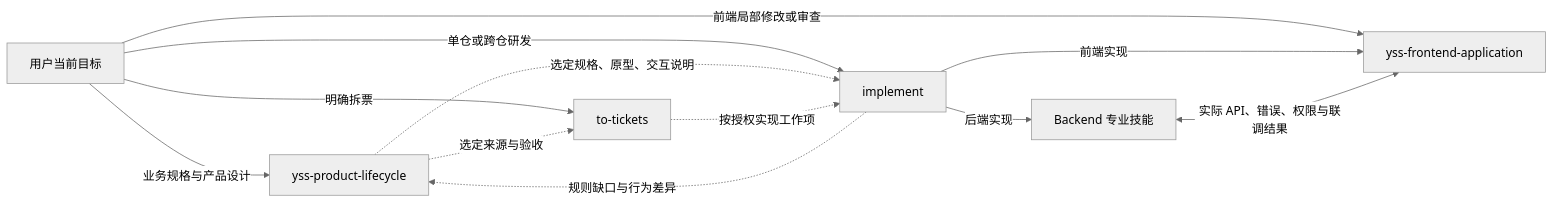
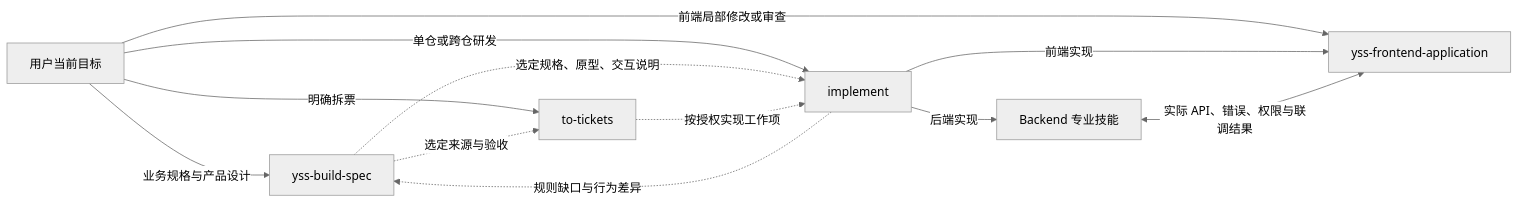
Before and after one commit to iloveZzz/yss-spec-project-template: the diagram in profiles/frontend/.template-spec/agents/profile-skills.md, drawn with Mermaid (neutral theme). The commit also changed other lines of this file and 47 other files, not shown here.

Commit message:
feat(skills): 将产品规格与原型入口迁至 yss-build-spec

````diff
--- a/profiles/frontend/.template-spec/agents/profile-skills.md
+++ b/profiles/frontend/.template-spec/agents/profile-skills.md
@@ -131,14 +132,14 @@
 ```mermaid
 flowchart LR
-  U[用户当前目标] -->|业务规格与产品设计| S[yss-product-lifecycle]
+  U[用户当前目标] -->|业务规格与产品设计| S[yss-build-spec]
   U -->|单仓或跨仓研发| I[implement]
   U -->|前端局部修改或审查| F[yss-frontend-application]
   U -->|明确拆票| T[to-tickets]
   S -.选定规格、原型、交互说明.-> I
   S -.选定来源与验收.-> T
   T -.按授权实现工作项.-> I
   I -->|前端实现| F
   I -->|后端实现| B[Backend 专业技能]
   B <-->|实际 API、错误、权限与联调结果| F
   I -.规则缺口与行为差异.-> S
 ```
````
